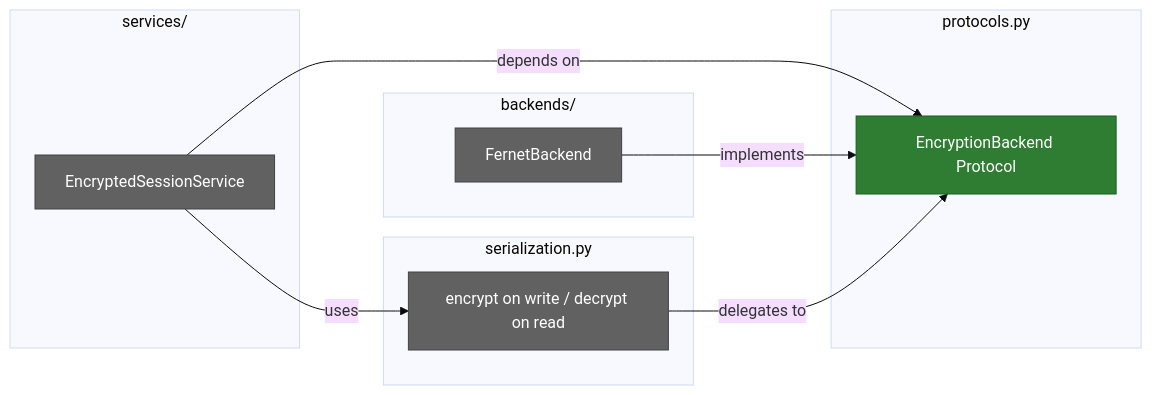
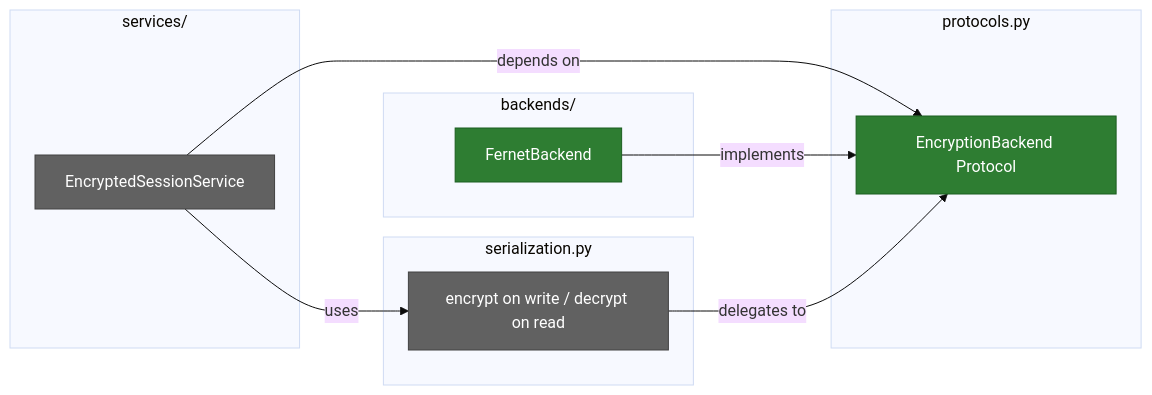
Before and after one commit to Alberto-Codes/adk-secure-sessions: the third of 3 diagrams in docs/ARCHITECTURE.md, drawn with Mermaid (base theme). The commit also changed other lines of this file, not shown here.

Commit message:
feat(docs): update architecture documentation with encryption backend details and color legend

````diff
--- a/docs/ARCHITECTURE.md
+++ b/docs/ARCHITECTURE.md
@@ -68,28 +68,28 @@
 ```mermaid
 graph LR
     subgraph protocols.py
         EB2[EncryptionBackend Protocol]
     end
 
     subgraph services/
         ESS2[EncryptedSessionService]
     end
 
     subgraph backends/
         FB2[FernetBackend]
     end
 
     subgraph serialization.py
         SER[encrypt on write / decrypt on read]
     end
 
     ESS2 -->|depends on| EB2
     FB2 -->|implements| EB2
     ESS2 -->|uses| SER
     SER -->|delegates to| EB2
 
     style EB2 fill:#2e7d32,stroke:#1b5e20,color:#fff
     style ESS2 fill:#616161,stroke:#424242,color:#fff
-    style FB2 fill:#616161,stroke:#424242,color:#fff
+    style FB2 fill:#2e7d32,stroke:#1b5e20,color:#fff
     style SER fill:#616161,stroke:#424242,color:#fff
 ```
````
